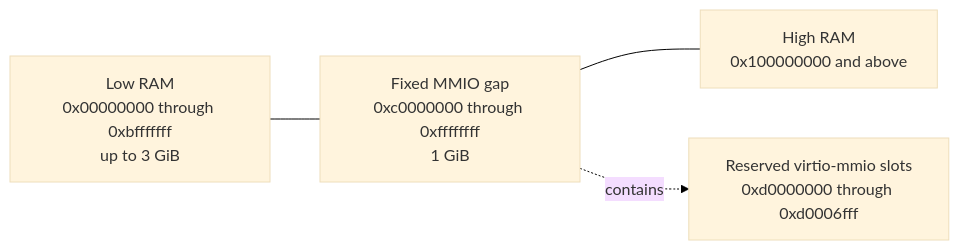
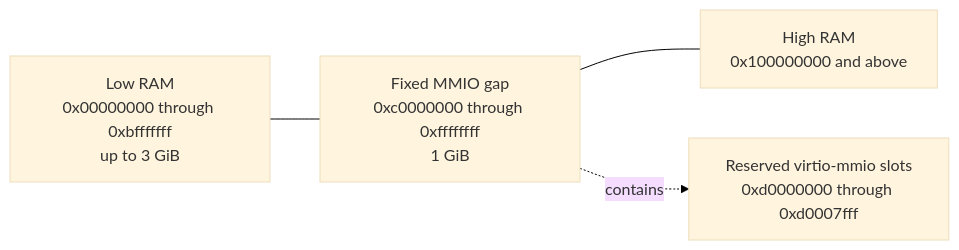
The second of 7 diagrams in doc/design.md (microsoft/nvx), drawn with Mermaid before and after one commit. The commit also changed other lines of this file and 2 other files, not shown here.

````diff
--- a/doc/design.md
+++ b/doc/design.md
@@ -170,12 +179,12 @@
 ```mermaid
 %%{init: {"theme": "base", "themeVariables": {"background": "#ffffff"}}}%%
 flowchart LR
    Low["Low RAM<br/>0x00000000 through 0xbfffffff<br/>up to 3 GiB"]
    Gap["Fixed MMIO gap<br/>0xc0000000 through 0xffffffff<br/>1 GiB"]
    High["High RAM<br/>0x100000000 and above"]
-   Slots["Reserved virtio-mmio slots<br/>0xd0000000 through 0xd0006fff"]
+   Slots["Reserved virtio-mmio slots<br/>0xd0000000 through 0xd0007fff"]
 
    Low --- Gap
    Gap --- High
    Gap -. contains .-> Slots
 ```
````
